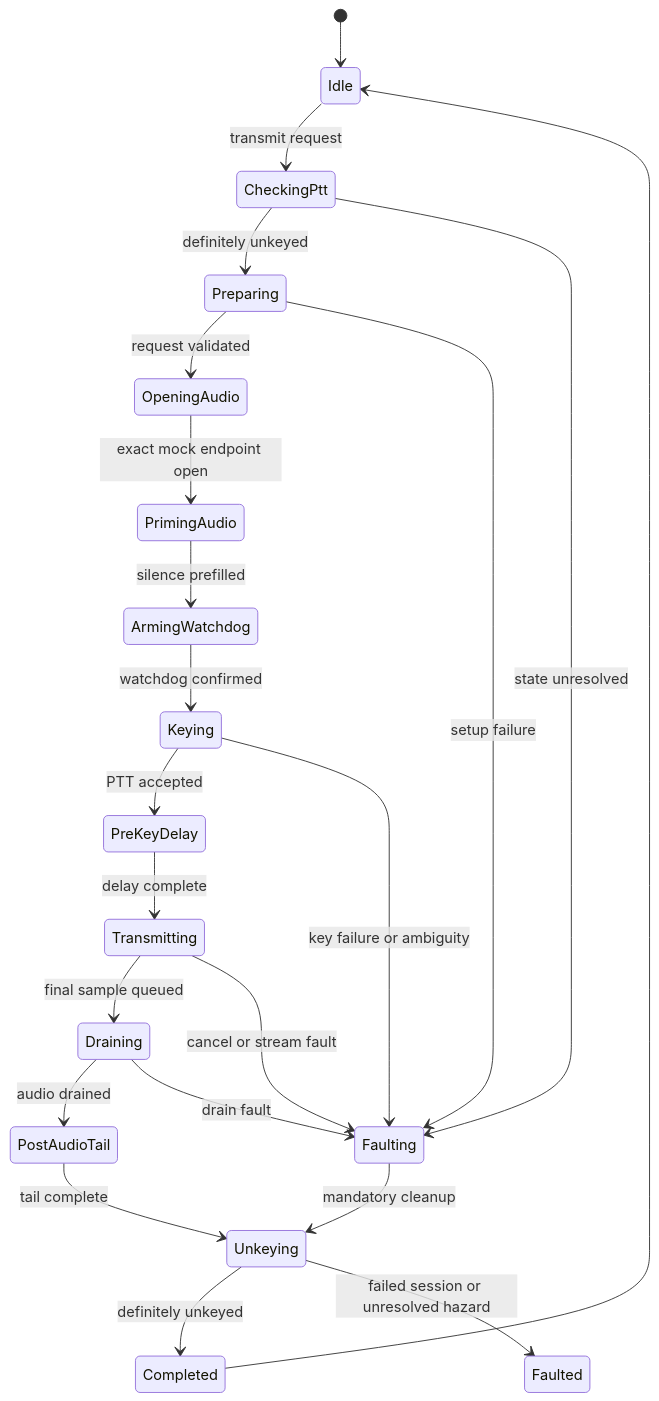
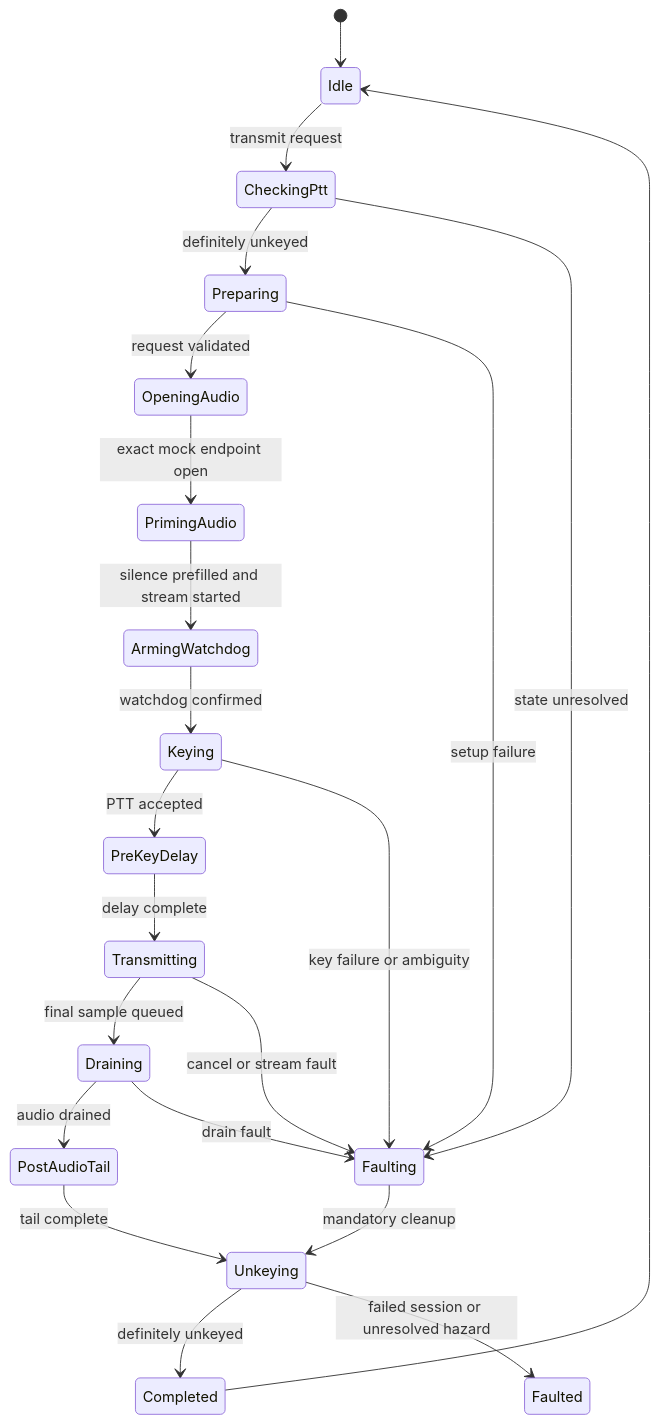
The second of 2 diagrams in docs/ARCHITECTURE.md (M6VPN/scanline-sstv), drawn with Mermaid before and after one commit. The commit also changed other lines of this file and 16 other files, not shown here.

````diff
--- a/docs/ARCHITECTURE.md
+++ b/docs/ARCHITECTURE.md
@@ -305,24 +330,24 @@
 ```mermaid
 stateDiagram-v2
   [*] --> Idle
   Idle --> CheckingPtt: transmit request
   CheckingPtt --> Preparing: definitely unkeyed
   Preparing --> OpeningAudio: request validated
   OpeningAudio --> PrimingAudio: exact mock endpoint open
-  PrimingAudio --> ArmingWatchdog: silence prefilled
+  PrimingAudio --> ArmingWatchdog: silence prefilled and stream started
   ArmingWatchdog --> Keying: watchdog confirmed
   Keying --> PreKeyDelay: PTT accepted
   PreKeyDelay --> Transmitting: delay complete
   Transmitting --> Draining: final sample queued
   Draining --> PostAudioTail: audio drained
   PostAudioTail --> Unkeying: tail complete
   Unkeying --> Completed: definitely unkeyed
   Completed --> Idle
   CheckingPtt --> Faulting: state unresolved
   Preparing --> Faulting: setup failure
   Keying --> Faulting: key failure or ambiguity
   Transmitting --> Faulting: cancel or stream fault
   Draining --> Faulting: drain fault
   Faulting --> Unkeying: mandatory cleanup
   Unkeying --> Faulted: failed session or unresolved hazard
 ```
````
